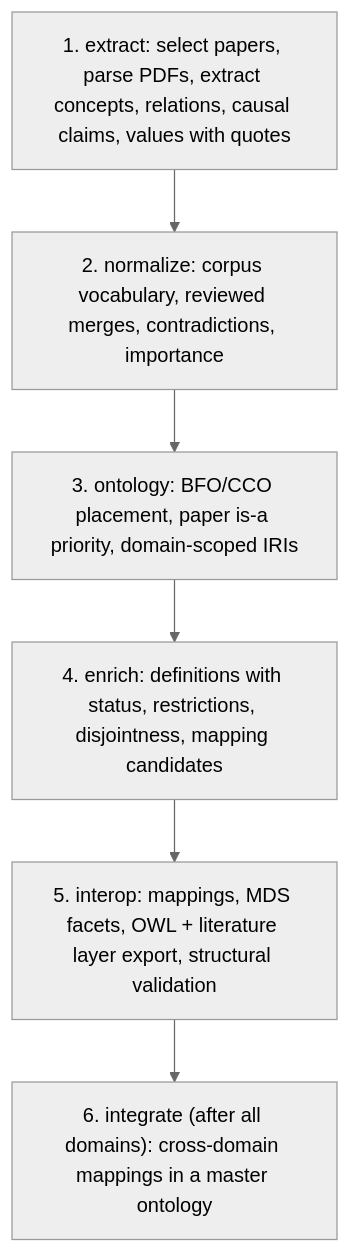
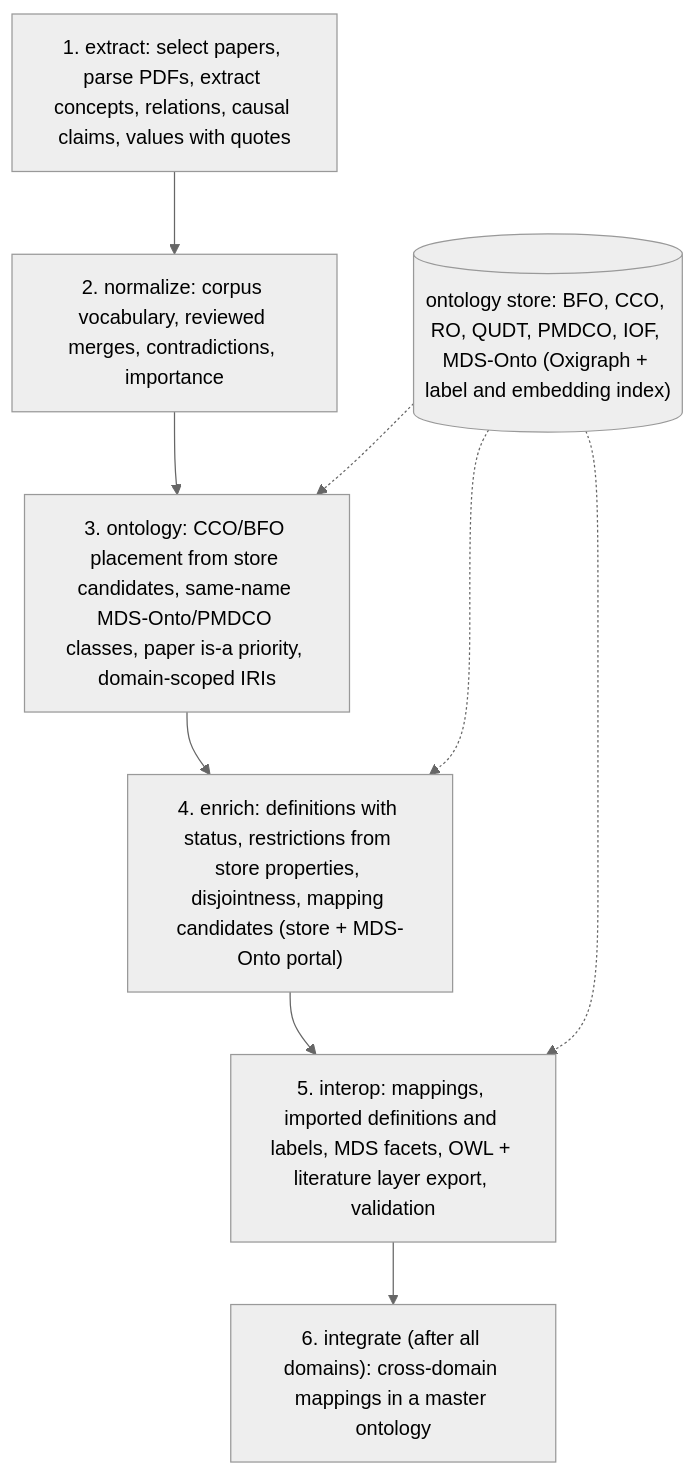
One commit to ucf-photovoltaics/knowledge_workflow changed the diagram in README.md. Above: the diagram before and after it, drawn with Mermaid (neutral theme). The commit also changed other lines of this file and 30 other files, not shown here.

First line of the commit message:
Take every external term from a local ontology store

````diff
--- a/README.md
+++ b/README.md
@@ -7,10 +7,12 @@
 ```mermaid
 flowchart TD
     A["1. extract: select papers, parse PDFs, extract concepts, relations, causal claims, values with quotes"]
     B["2. normalize: corpus vocabulary, reviewed merges, contradictions, importance"]
-    C["3. ontology: BFO/CCO placement, paper is-a priority, domain-scoped IRIs"]
-    D["4. enrich: definitions with status, restrictions, disjointness, mapping candidates"]
-    E["5. interop: mappings, MDS facets, OWL + literature layer export, structural validation"]
+    S[("ontology store: BFO, CCO, RO, QUDT, PMDCO, IOF, MDS-Onto (Oxigraph + label and embedding index)")]
+    C["3. ontology: CCO/BFO placement from store candidates, same-name MDS-Onto/PMDCO classes, paper is-a priority, domain-scoped IRIs"]
+    D["4. enrich: definitions with status, restrictions from store properties, disjointness, mapping candidates (store + MDS-Onto portal)"]
+    E["5. interop: mappings, imported definitions and labels, MDS facets, OWL + literature layer export, validation"]
     F["6. integrate (after all domains): cross-domain mappings in a master ontology"]
     A --> B --> C --> D --> E --> F
+    S -.-> C & D & E
 ```
````
